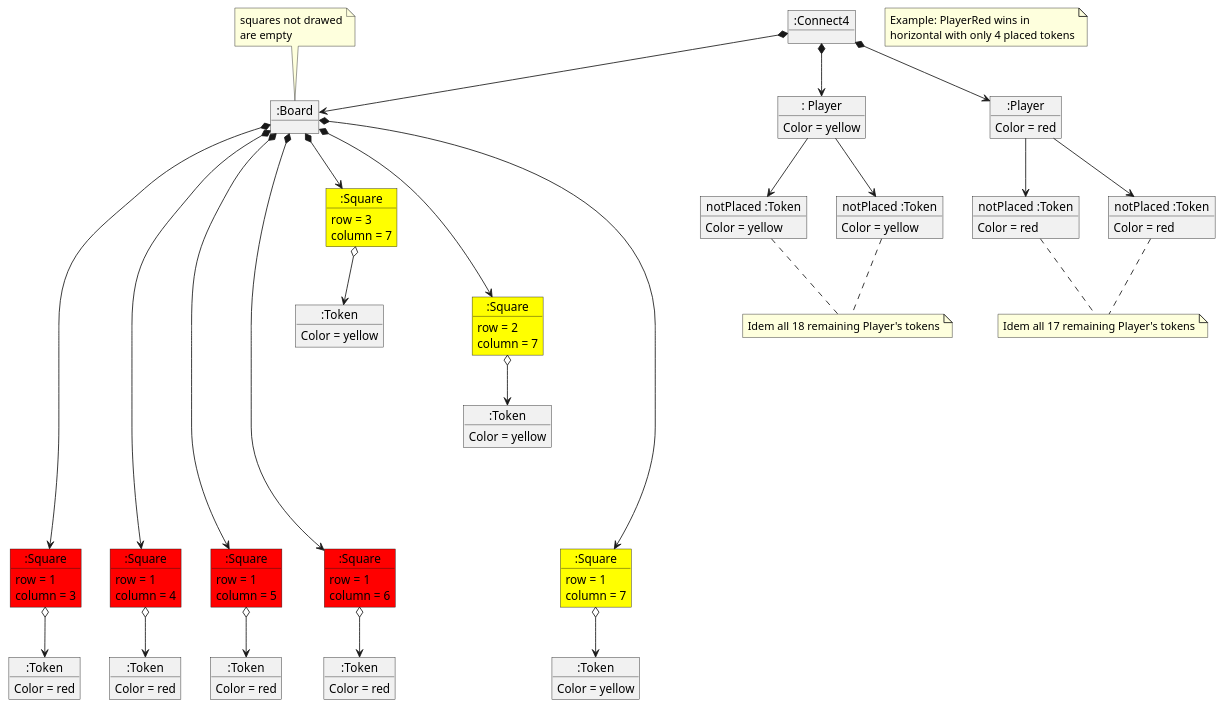
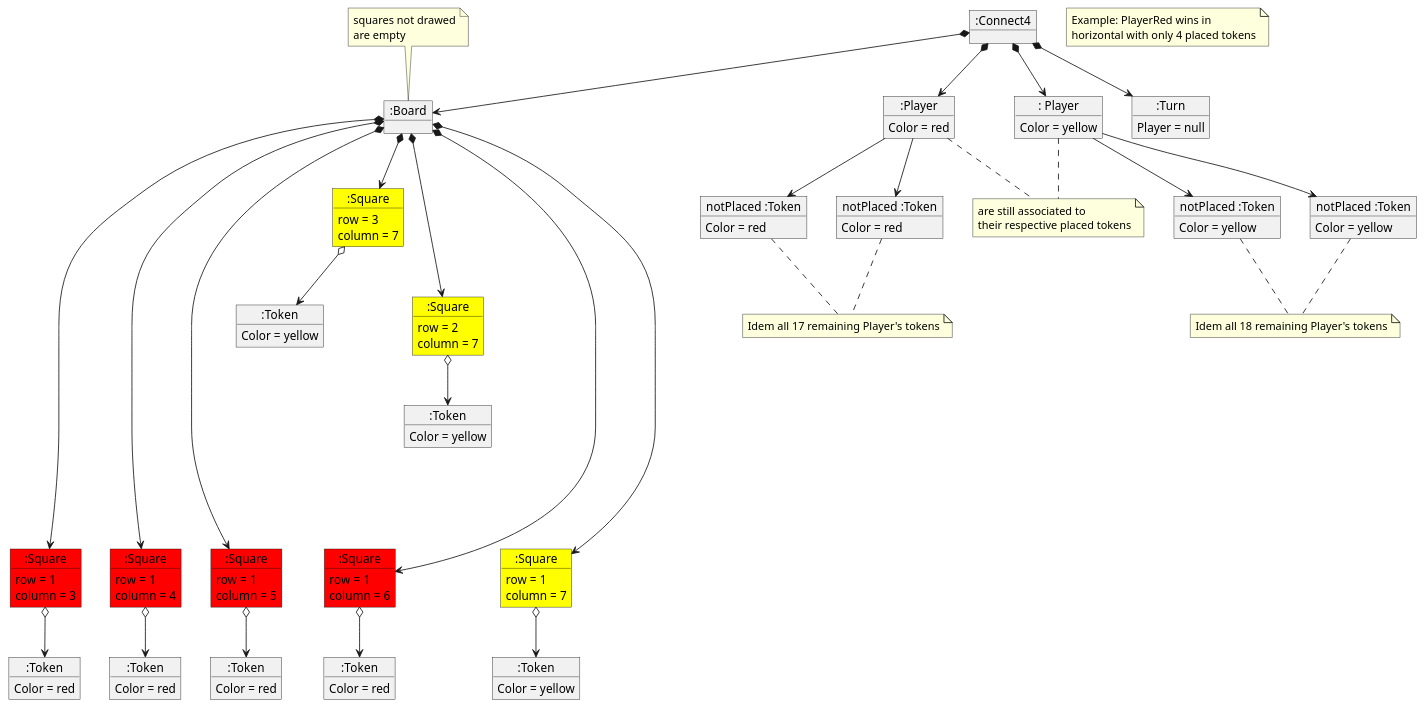
The diagram in MPDS/Connect4/docs/src/domain model final state.plantuml (PabloMartinFluvia/IT-School), drawn with PlantUML before and after one commit. The commit also changed 14 other files, not shown here.

```diff
--- a/MPDS/Connect4/docs/src/domain model final state.plantuml
+++ b/MPDS/Connect4/docs/src/domain model final state.plantuml
@@ -1,145 +1,157 @@
 @startuml
 note as Description
 Example: PlayerRed wins in
 horizontal with only 4 placed tokens
 end note
 
 object ":Connect4" as connect4
 object ":Board" as board
 note top
     squares not drawed
     are empty
 end note
+
+object ":Turn" as turn{
+Player = null
+}
 
 'players'
 object ":Player" as playerRed{
 Color = red
 }
 object ": Player" as playerYellow{
 Color = yellow
 }
 
 'squares'
 object ":Square" as squareRed13 #red{
 row = 1
 column = 3
 }
 object ":Square" as squareRed14#red{
 row = 1
 column = 4
 }
 object ":Square" as squareRed15 #red{
 row = 1
 column = 5
 }
 object ":Square" as squareRed16 #red{
 row = 1
 column = 6
 }
 
 
 object ":Square" as squareYellow17 #yellow{
 row = 1
 column = 7
 }
 object ":Square" as squareYellow27 #yellow{
 row = 2
 column = 7
 }
 object ":Square" as squareYellow37 #yellow{
 row = 3
 column = 7
 }
 
 'tokens not placed'
 object "notPlaced :Token" as tokenRed1{
 Color = red
 }
 object "notPlaced :Token" as tokenRed2{
 Color = red
 }
 object "notPlaced :Token" as tokenYellow1{
 Color = yellow
 }
 object "notPlaced :Token" as tokenYellow2{
 Color = yellow
 }
 
 'tokens placed'
 object ":Token" as tokenRed13{
 Color = red
 }
 object ":Token" as tokenRed14{
 Color = red
 }
 object ":Token" as tokenRed15{
 Color = red
 }
 object ":Token" as tokenRed16{
 Color = red
 }
 object ":Token" as tokenYellow17{
 Color = yellow
 }
 object ":Token" as tokenYellow27{
 Color = yellow
 }
 object ":Token" as tokenYellow37{
 Color = yellow
 }
 
 'connect4 dependencies'
 connect4 *-down-> board
+connect4 *-down-> turn
 connect4 *-down-> playerRed
 connect4 *-down-> playerYellow
 
 'board dependencies'
 board *-down-> squareYellow37
 board *-down-> squareYellow27
 board *-down-> squareYellow17
 board *-down-> squareRed16
 board *-down-> squareRed15
 board *-down-> squareRed14
 board *---down---> squareRed13
 
 'player dependencies'
 playerRed -down-> tokenRed1
 playerRed -down-> tokenRed2
 playerYellow -down-> tokenYellow1
 playerYellow -down-> tokenYellow2
 
 'square dependencies'
 squareRed13 o-down-> tokenRed13
 squareRed14 o-down-> tokenRed14
 squareRed15 o-down-> tokenRed15
 squareRed16 o-down-> tokenRed16
 
 squareYellow17 o-down-> tokenYellow17
 squareYellow27 o-down-> tokenYellow27
 squareYellow37 o-down-> tokenYellow37
 
 note as NYellow
 Idem all 18 remaining Player's tokens
 end note
 tokenYellow1..NYellow
 tokenYellow2..NYellow
 
 note as NRed
 Idem all 17 remaining Player's tokens
 end note
 tokenRed1..NRed
 tokenRed2..NRed
 
+note as NoteTokenPlaced
+are still associated to
+their respective placed tokens
+end note
+playerRed..NoteTokenPlaced
+playerYellow..NoteTokenPlaced
+
 
 'display squares position'
 squareYellow37 -[hidden]down-> squareYellow27
 squareYellow27 --[hidden]down--> squareYellow17
 squareYellow37 -[hidden]down-> squareRed16
 squareYellow27 -[hidden]down-> squareRed16
 squareYellow17 -[hidden]left-> squareRed16
 squareRed16 -[hidden]left-> squareRed15
 squareRed15 -[hidden]left-> squareRed14
 squareRed14 -[hidden]left->squareRed13
 
 
 @enduml
```
